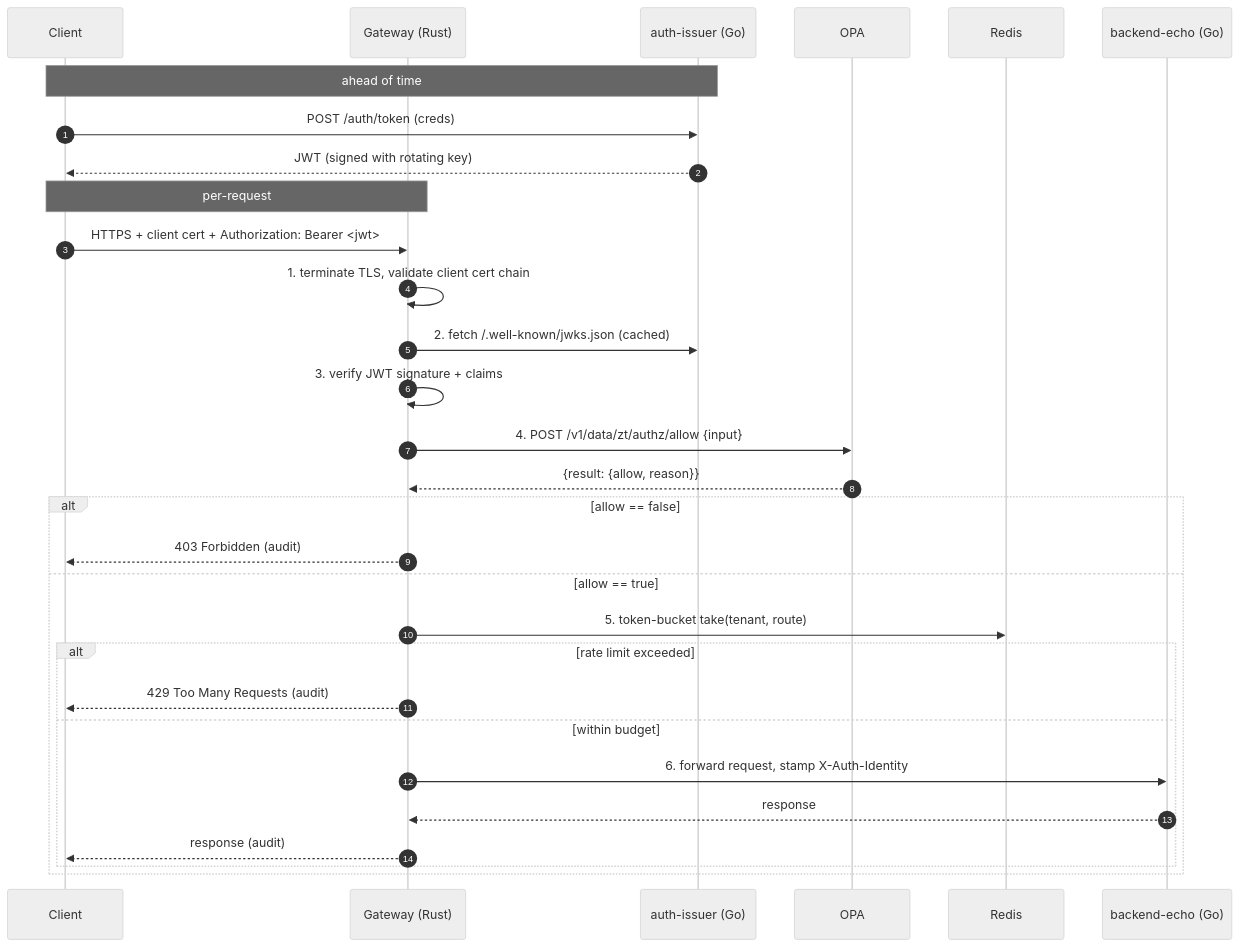
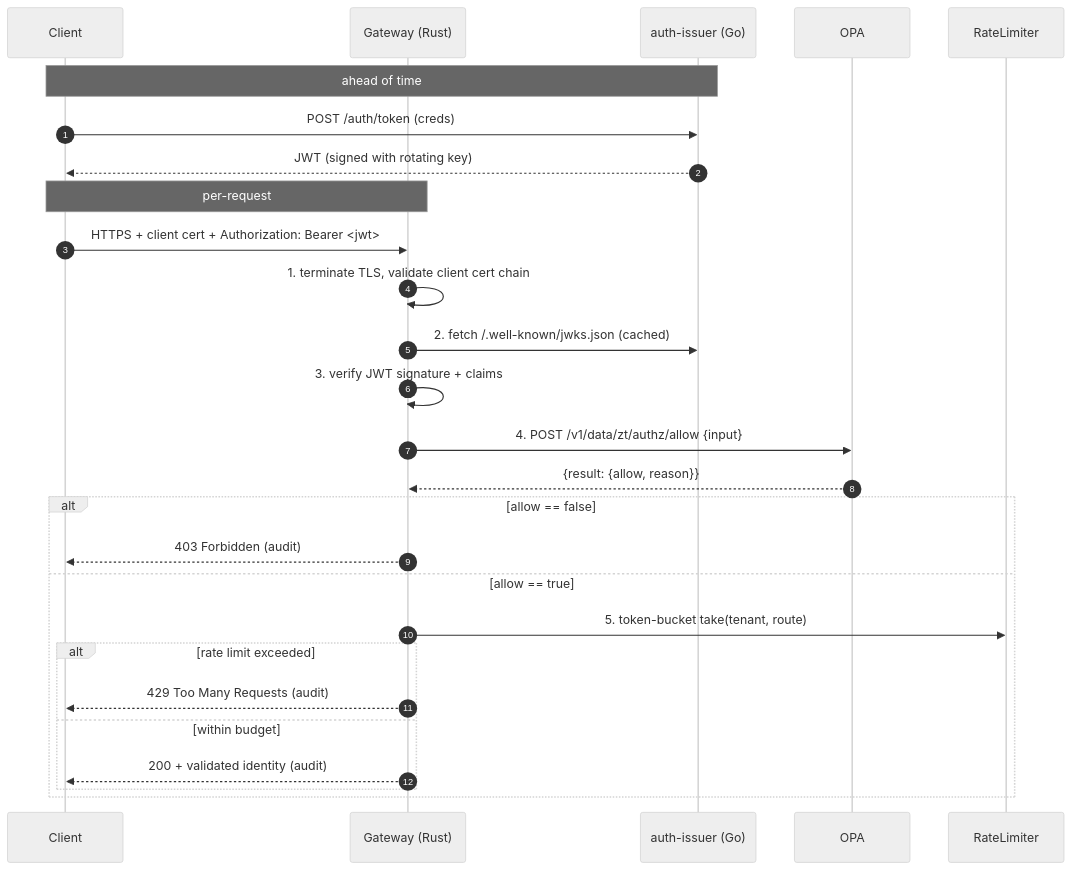
One commit to dSofikitis/zerotrust-gatekeeper changed the diagram in ARCHITECTURE.md. Above: the diagram before and after it, drawn with Mermaid (neutral theme). The commit also changed other lines of this file and 12 other files, not shown here.

First line of the commit message:
feat(gateway): Redis-backed rate limiter, Prometheus metrics, audit dashboard

````diff
--- a/ARCHITECTURE.md
+++ b/ARCHITECTURE.md
@@ -5,34 +5,31 @@
 ```mermaid
 sequenceDiagram
     autonumber
     participant Client
     participant GW as Gateway (Rust)
     participant Auth as auth-issuer (Go)
     participant OPA
-    participant Redis
-    participant Up as backend-echo (Go)
+    participant RL as RateLimiter
 
     Note over Client,Auth: ahead of time
     Client->>Auth: POST /auth/token (creds)
     Auth-->>Client: JWT (signed with rotating key)
 
     Note over Client,GW: per-request
     Client->>GW: HTTPS + client cert + Authorization: Bearer <jwt>
     GW->>GW: 1. terminate TLS, validate client cert chain
     GW->>Auth: 2. fetch /.well-known/jwks.json (cached)
     GW->>GW: 3. verify JWT signature + claims
     GW->>OPA: 4. POST /v1/data/zt/authz/allow {input}
     OPA-->>GW: {result: {allow, reason}}
     alt allow == false
         GW-->>Client: 403 Forbidden (audit)
     else allow == true
-        GW->>Redis: 5. token-bucket take(tenant, route)
+        GW->>RL: 5. token-bucket take(tenant, route)
         alt rate limit exceeded
             GW-->>Client: 429 Too Many Requests (audit)
         else within budget
-            GW->>Up: 6. forward request, stamp X-Auth-Identity
-            Up-->>GW: response
-            GW-->>Client: response (audit)
+            GW-->>Client: 200 + validated identity (audit)
         end
     end
 ```
````
